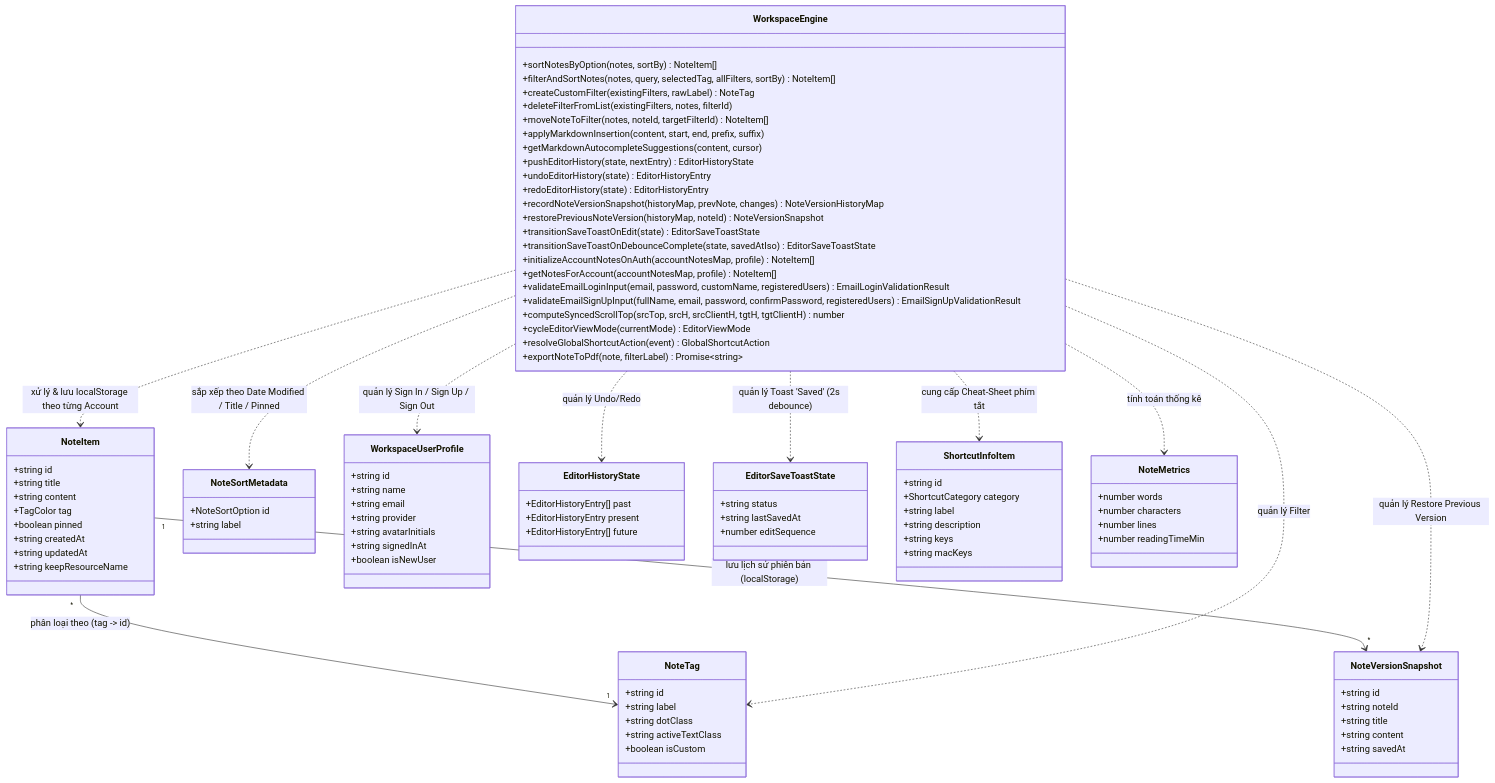
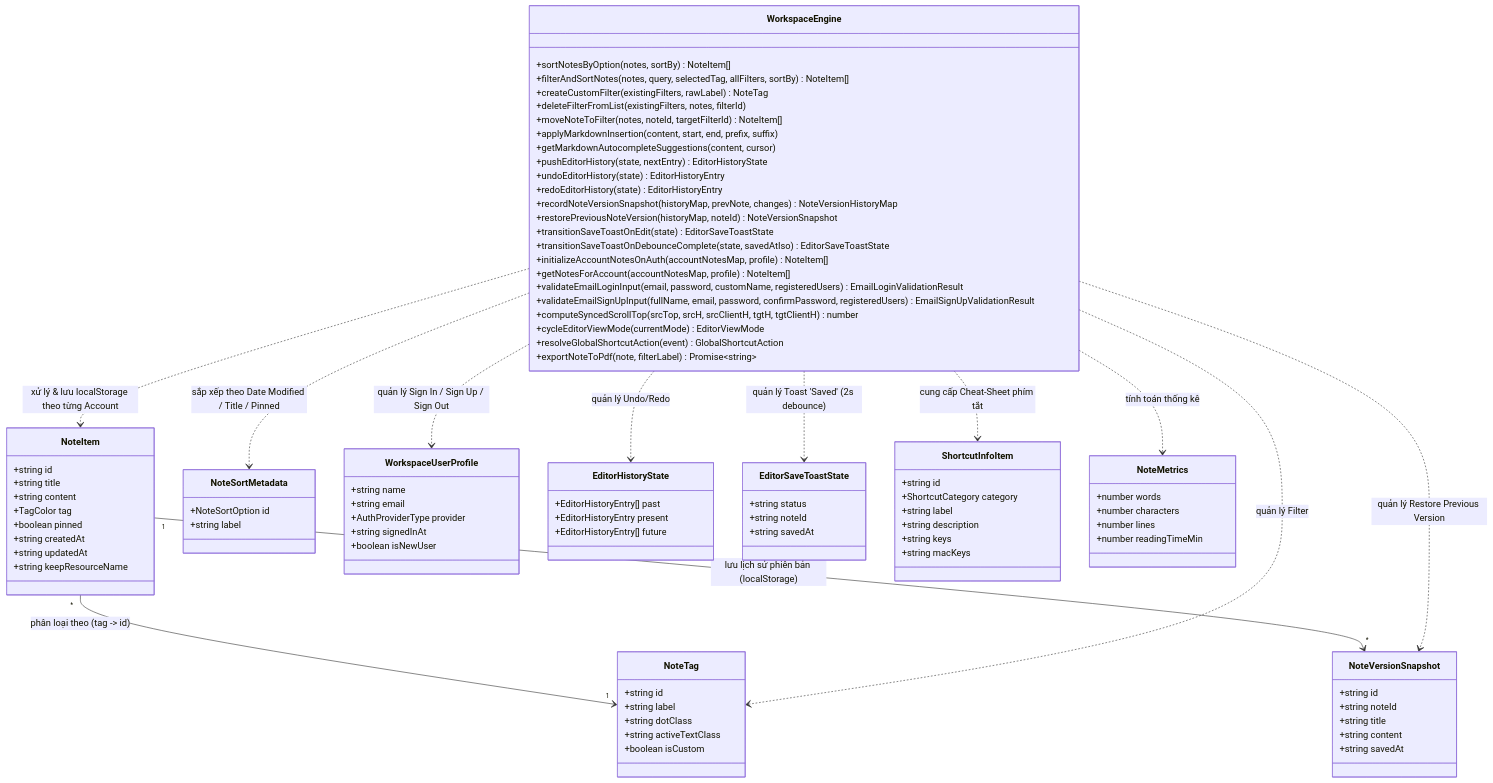
The second of 2 diagrams in README.md (taro1026205/VibeNotes), drawn with Mermaid before and after one commit. The commit also changed other lines of this file and 8 other files, not shown here.

```diff
--- a/README.md
+++ b/README.md
@@ -95,11 +95,9 @@
     }
 
     class WorkspaceUserProfile {
-        +string id
         +string name
         +string email
-        +string provider
-        +string avatarInitials
+        +AuthProviderType provider
         +string signedInAt
         +boolean isNewUser
     }
@@ -120,8 +118,8 @@
 
     class EditorSaveToastState {
         +string status
-        +string lastSavedAt
-        +number editSequence
+        +string noteId
+        +string savedAt
     }
 
     class ShortcutInfoItem {
```
